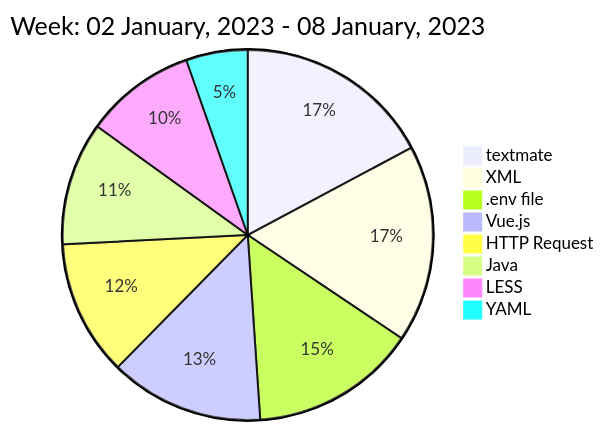
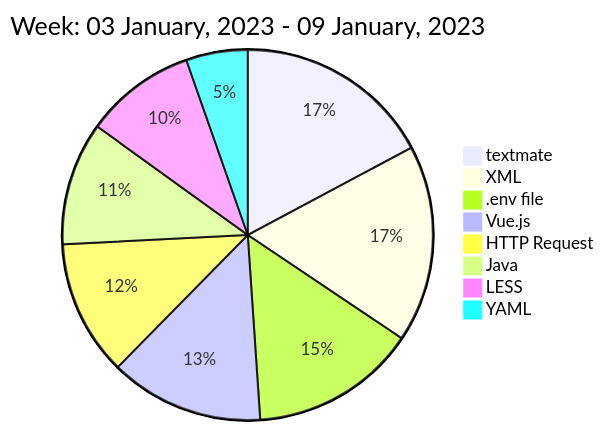
Before and after one commit to liubin95/liubin95: the diagram in README.md, drawn with Mermaid.

Commit message:
Updated the Graph with new Metrics

````diff
--- a/README.md
+++ b/README.md
@@ -40,12 +40,12 @@
 ```mermaid
  pie
-title Week: 02 January, 2023 - 08 January, 2023
+title Week: 03 January, 2023 - 09 January, 2023
  "textmate" : 0.32
  "XML" : 0.32
  ".env file" : 0.27
  "Vue.js" : 0.25
  "HTTP Request" : 0.22
  "Java" : 0.2
  "LESS" : 0.18
  "YAML" : 0.1
 ```
````
